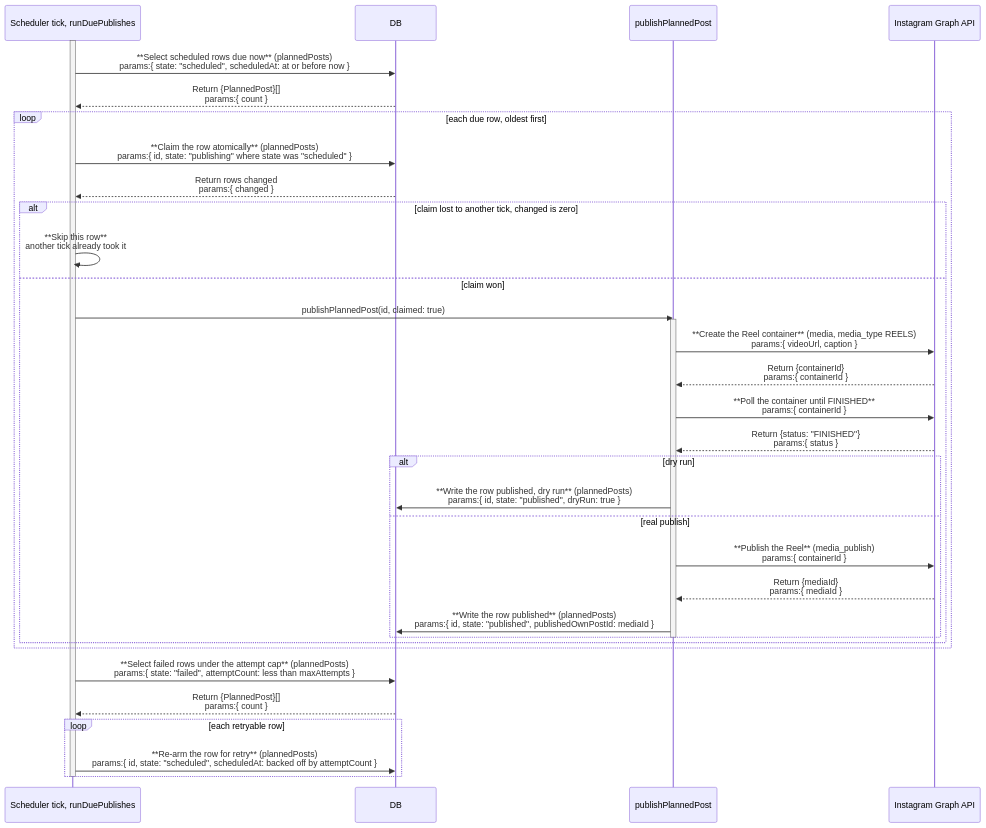
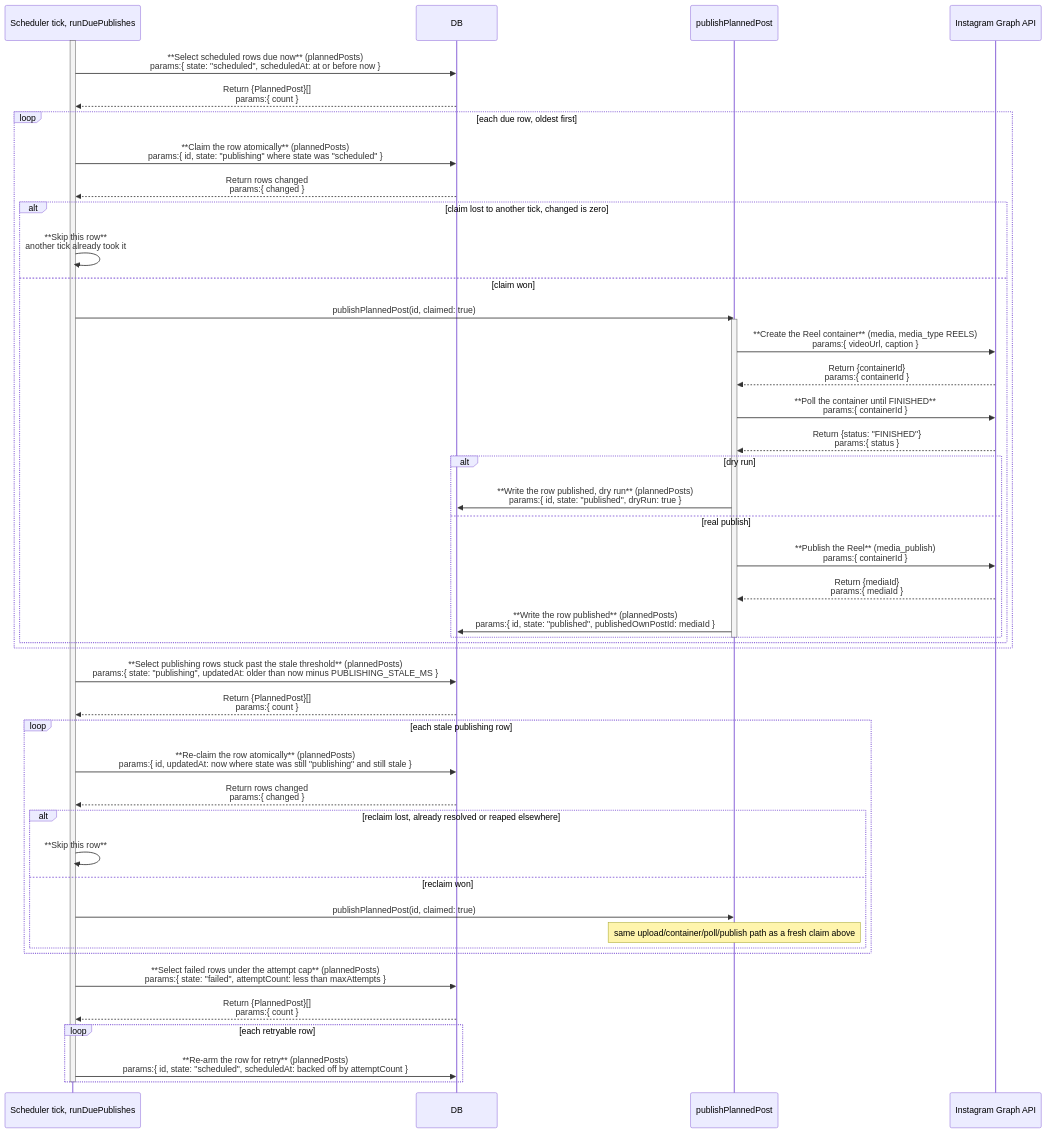
One commit to Kaiships-ai/crowsnest changed the third of 3 diagrams in documents/architect/core-components/publish/02-architecture.md. Above: the diagram before and after it, drawn with Mermaid. The commit also changed other lines of this file and 3 other files, not shown here.

````diff
--- a/documents/architect/core-components/publish/02-architecture.md
+++ b/documents/architect/core-components/publish/02-architecture.md
@@ -114,39 +118,51 @@
 ```mermaid
 sequenceDiagram
     participant Worker as Scheduler tick, runDuePublishes
     participant DB
     participant Publish as publishPlannedPost
     participant Graph as Instagram Graph API
 
     activate Worker
     Worker->>DB: **Select scheduled rows due now** (plannedPosts)<br/>params:{ state: "scheduled", scheduledAt: at or before now }
     DB-->>Worker: Return {PlannedPost}[]<br/>params:{ count }
     loop each due row, oldest first
         Worker->>DB: **Claim the row atomically** (plannedPosts)<br/>params:{ id, state: "publishing" where state was "scheduled" }
         DB-->>Worker: Return rows changed<br/>params:{ changed }
         alt claim lost to another tick, changed is zero
             Worker->>Worker: **Skip this row**<br/>another tick already took it
         else claim won
             Worker->>Publish: publishPlannedPost(id, claimed: true)
             activate Publish
             Publish->>Graph: **Create the Reel container** (media, media_type REELS)<br/>params:{ videoUrl, caption }
             Graph-->>Publish: Return {containerId}<br/>params:{ containerId }
             Publish->>Graph: **Poll the container until FINISHED**<br/>params:{ containerId }
             Graph-->>Publish: Return {status: "FINISHED"}<br/>params:{ status }
             alt dry run
                 Publish->>DB: **Write the row published, dry run** (plannedPosts)<br/>params:{ id, state: "published", dryRun: true }
             else real publish
                 Publish->>Graph: **Publish the Reel** (media_publish)<br/>params:{ containerId }
                 Graph-->>Publish: Return {mediaId}<br/>params:{ mediaId }
                 Publish->>DB: **Write the row published** (plannedPosts)<br/>params:{ id, state: "published", publishedOwnPostId: mediaId }
             end
             deactivate Publish
         end
     end
+    Worker->>DB: **Select publishing rows stuck past the stale threshold** (plannedPosts)<br/>params:{ state: "publishing", updatedAt: older than now minus PUBLISHING_STALE_MS }
+    DB-->>Worker: Return {PlannedPost}[]<br/>params:{ count }
+    loop each stale publishing row
+        Worker->>DB: **Re-claim the row atomically** (plannedPosts)<br/>params:{ id, updatedAt: now where state was still "publishing" and still stale }
+        DB-->>Worker: Return rows changed<br/>params:{ changed }
+        alt reclaim lost, already resolved or reaped elsewhere
+            Worker->>Worker: **Skip this row**
+        else reclaim won
+            Worker->>Publish: publishPlannedPost(id, claimed: true)
+            Note over Publish: same upload/container/poll/publish path as a fresh claim above
+        end
+    end
     Worker->>DB: **Select failed rows under the attempt cap** (plannedPosts)<br/>params:{ state: "failed", attemptCount: less than maxAttempts }
     DB-->>Worker: Return {PlannedPost}[]<br/>params:{ count }
     loop each retryable row
         Worker->>DB: **Re-arm the row for retry** (plannedPosts)<br/>params:{ id, state: "scheduled", scheduledAt: backed off by attemptCount }
     end
     deactivate Worker
 ```
````
